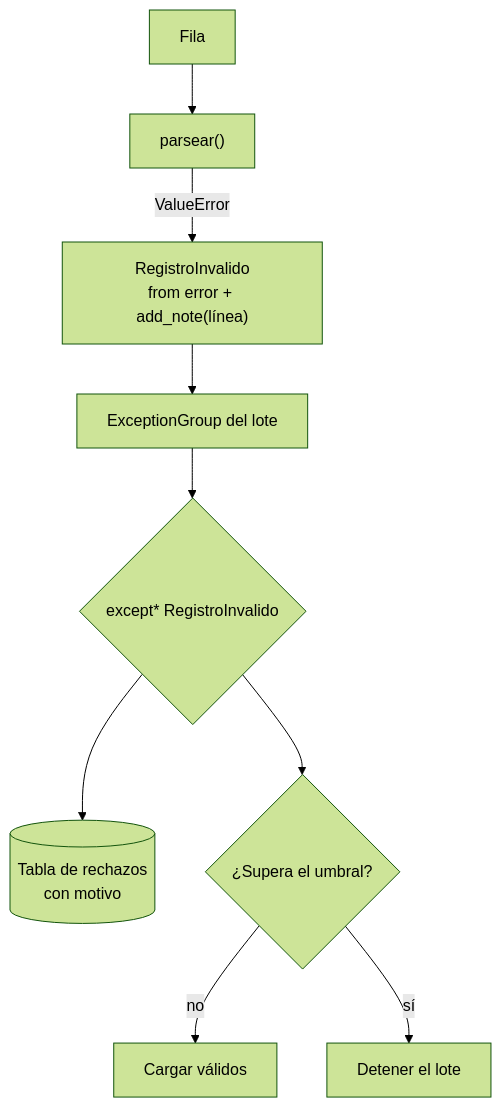
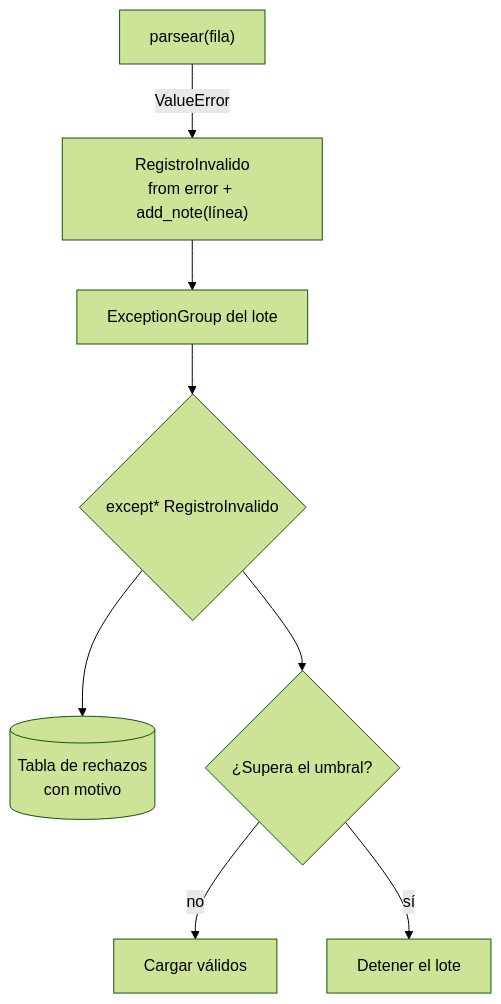
The diagram in content/concepts/python-exceptions.md (fcp4891/de-knowledge-hub), drawn with Mermaid (forest theme) before and after one commit. The commit also changed other lines of this file and 20 other files, not shown here.

First line of the commit message:
§9 con el estándar de diagramas: 21 diagramas sobre 8 nodos o 10 aristas, rehechos

````diff
--- a/content/concepts/python-exceptions.md
+++ b/content/concepts/python-exceptions.md
@@ -114,11 +114,10 @@
 ```mermaid
 flowchart TB
-  F[Fila] --> P["parsear()"]
-  P -->|ValueError| T["RegistroInvalido<br/>from error + add_note(línea)"]
+  P["parsear(fila)"] -->|ValueError| T["RegistroInvalido<br/>from error + add_note(línea)"]
   T --> G["ExceptionGroup del lote"]
   G --> H{"except* RegistroInvalido"}
   H --> R[(Tabla de rechazos<br/>con motivo)]
   H --> U{¿Supera el umbral?}
   U -->|no| C[Cargar válidos]
   U -->|sí| X[Detener el lote]
 ```
````
